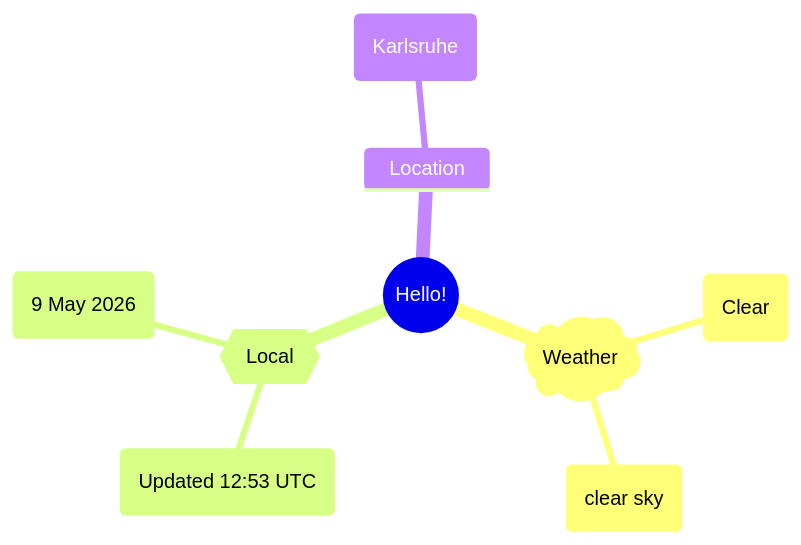
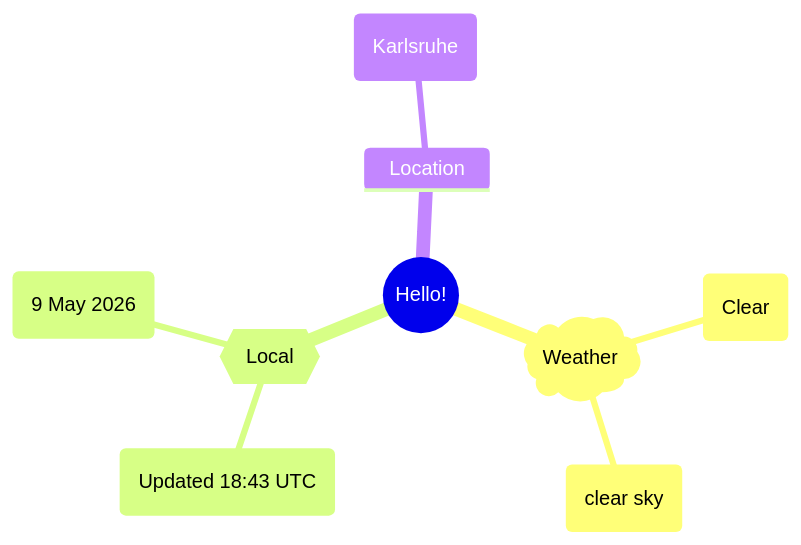
One commit to Xosrov/Xosrov changed the first of 2 diagrams in README.md. Above: the diagram before and after it, drawn with Mermaid.

Commit message:
[bot] updated images

````diff
--- a/README.md
+++ b/README.md
@@ -3,12 +3,12 @@
 ```mermaid
 mindmap
   root((Hello!))
     )Weather(
         (Clear)
         (clear sky)
     {{Local}}
-        (Updated 12:53 UTC)
+        (Updated 18:43 UTC)
         (9 May 2026)
     Location
         (Karlsruhe)
 ```
````
